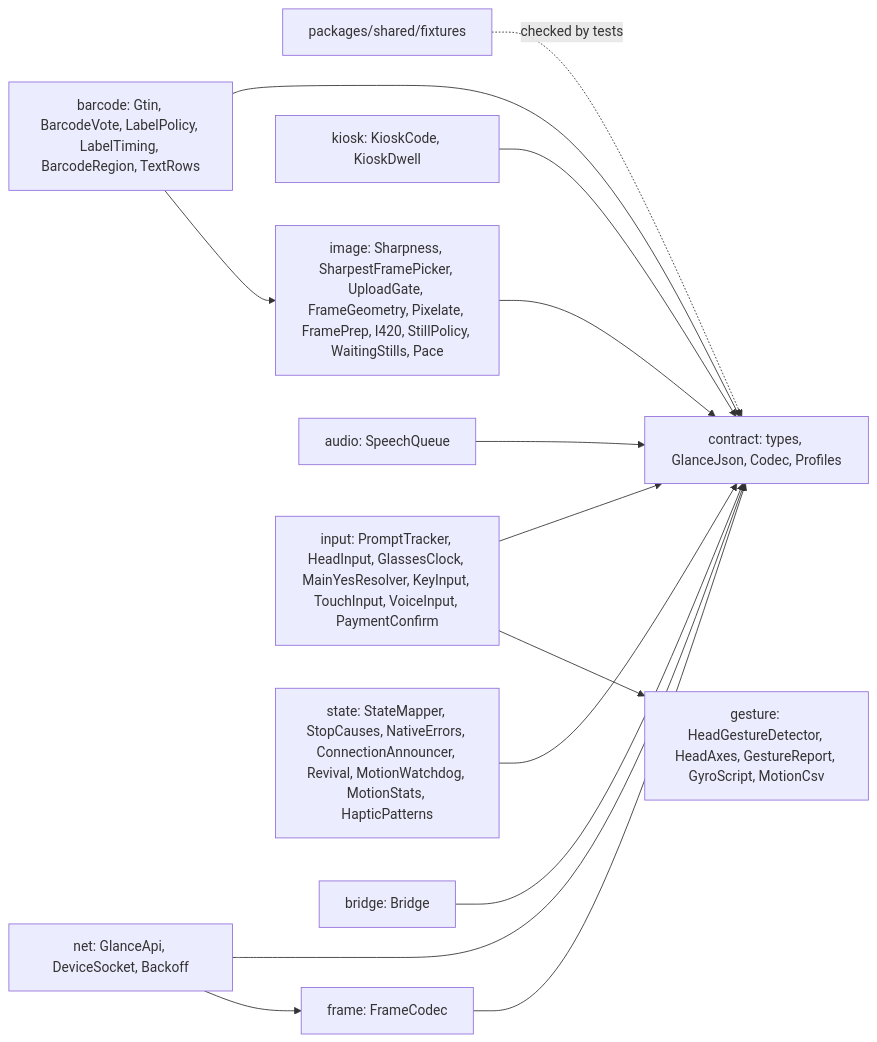
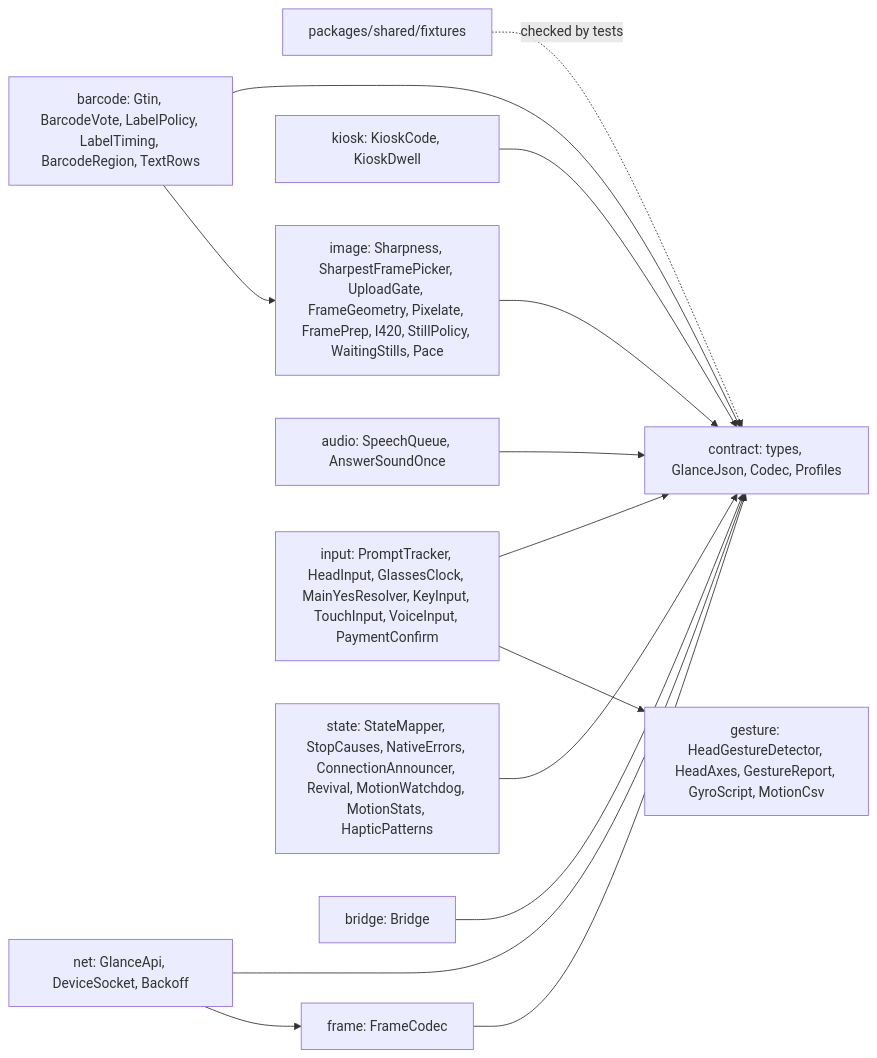
Before and after one commit to mrBymax/glance: the sixth of 7 diagrams in apps/mobile/android/README.md, drawn with Mermaid. The commit also changed other lines of this file and 4 other files, not shown here.

First line of the commit message:
fix(android): play one sound for one head answer

````diff
--- a/apps/mobile/android/README.md
+++ b/apps/mobile/android/README.md
@@ -560,18 +562,18 @@
 ```mermaid
 flowchart LR
     Fixtures[packages/shared/fixtures] -. checked by tests .-> Contract
     Contract[contract: types, GlanceJson, Codec, Profiles]
     Frame[frame: FrameCodec] --> Contract
     Kiosk[kiosk: KioskCode, KioskDwell] --> Contract
     Barcode[barcode: Gtin, BarcodeVote, LabelPolicy, LabelTiming, BarcodeRegion, TextRows] --> Contract
     Image[image: Sharpness, SharpestFramePicker, UploadGate, FrameGeometry, Pixelate, FramePrep, I420, StillPolicy, WaitingStills, Pace] --> Contract
     Barcode --> Image
     Gesture[gesture: HeadGestureDetector, HeadAxes, GestureReport, GyroScript, MotionCsv]
-    Audio[audio: SpeechQueue] --> Contract
+    Audio[audio: SpeechQueue, AnswerSoundOnce] --> Contract
     Input[input: PromptTracker, HeadInput, GlassesClock, MainYesResolver, KeyInput, TouchInput, VoiceInput, PaymentConfirm] --> Contract
     Input --> Gesture
     State[state: StateMapper, StopCauses, NativeErrors, ConnectionAnnouncer, Revival, MotionWatchdog, MotionStats, HapticPatterns] --> Contract
     Net[net: GlanceApi, DeviceSocket, Backoff] --> Contract
     Net --> Frame
     BridgeText[bridge: Bridge] --> Contract
 ```
````
